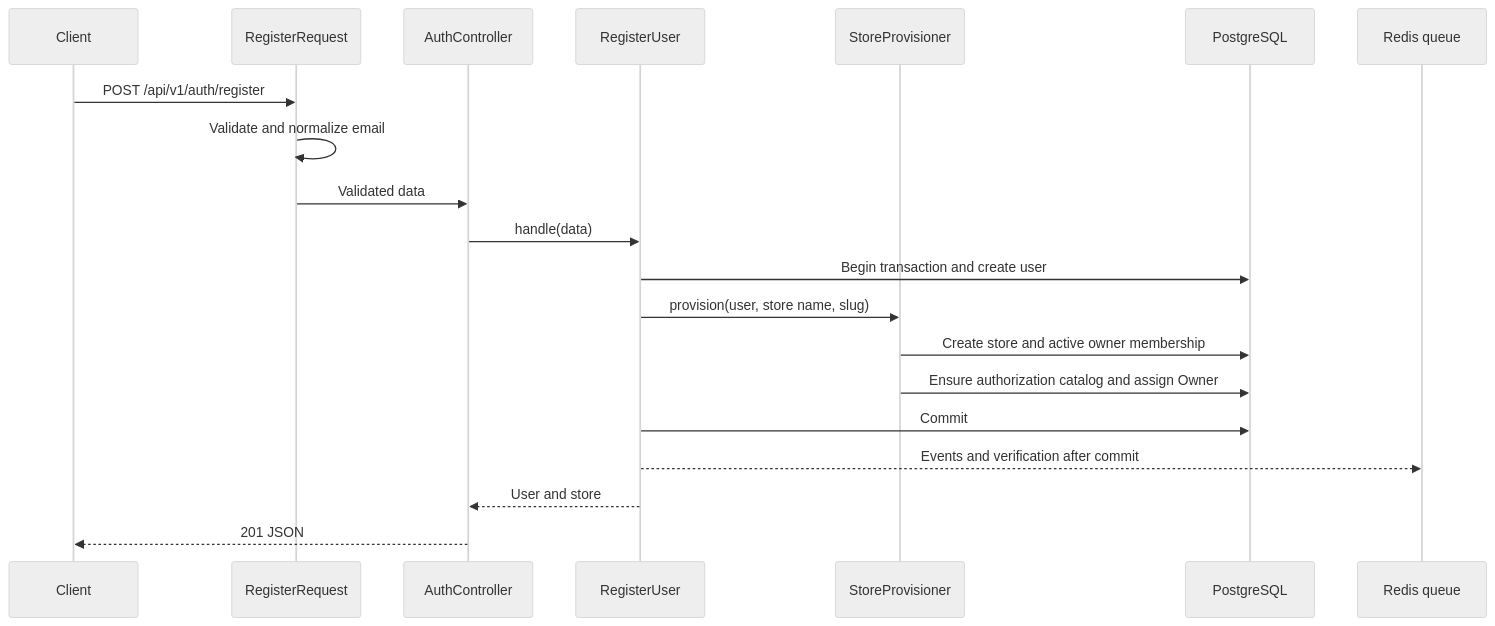
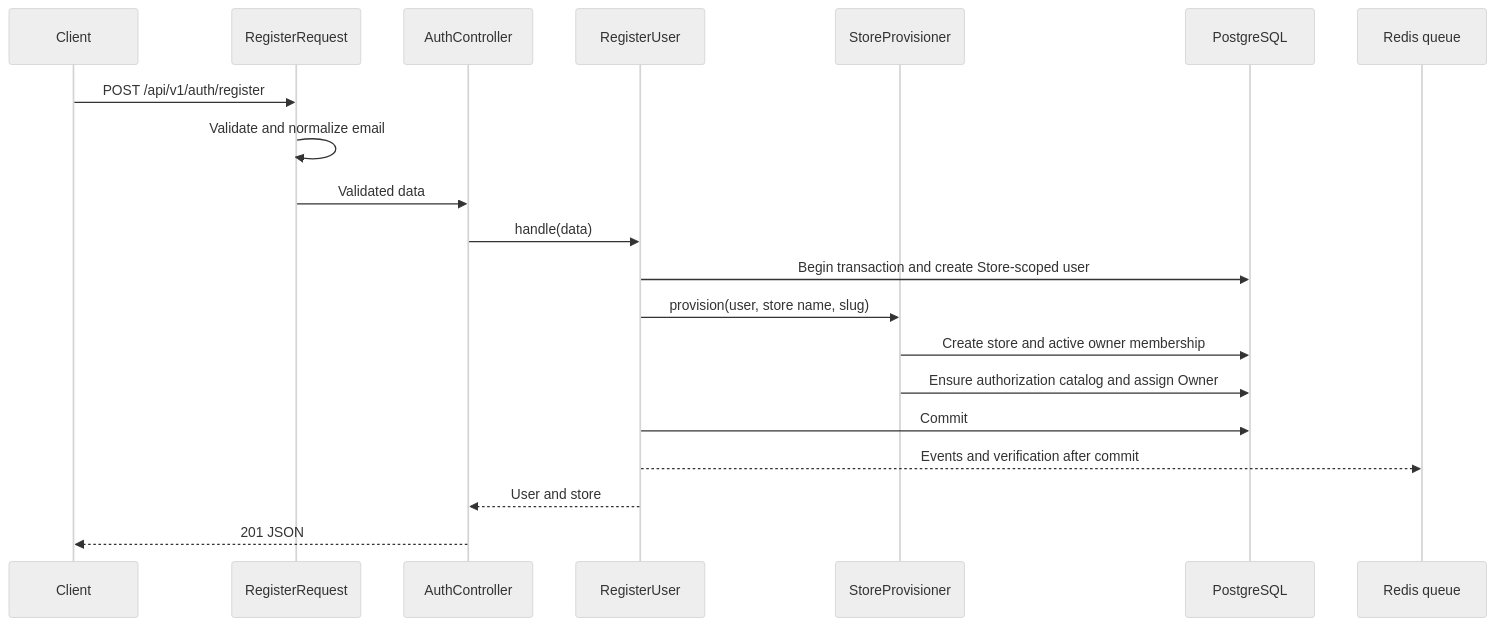
One commit to fzeeso/shopnxebk changed the fourth of 5 diagrams in docs/developer-guide.md. Above: the diagram before and after it, drawn with Mermaid (neutral theme). The commit also changed other lines of this file and 76 other files, not shown here.

````diff
--- a/docs/developer-guide.md
+++ b/docs/developer-guide.md
@@ -135,23 +164,23 @@
 ```mermaid
 sequenceDiagram
     participant Client
     participant Request as RegisterRequest
     participant Controller as AuthController
     participant Register as RegisterUser
     participant Provision as StoreProvisioner
     participant DB as PostgreSQL
     participant Queue as Redis queue
 
     Client->>Request: POST /api/v1/auth/register
     Request->>Request: Validate and normalize email
     Request->>Controller: Validated data
     Controller->>Register: handle(data)
-    Register->>DB: Begin transaction and create user
+    Register->>DB: Begin transaction and create Store-scoped user
     Register->>Provision: provision(user, store name, slug)
     Provision->>DB: Create store and active owner membership
     Provision->>DB: Ensure authorization catalog and assign Owner
     Register->>DB: Commit
     Register-->>Queue: Events and verification after commit
     Register-->>Controller: User and store
     Controller-->>Client: 201 JSON
 ```
````
